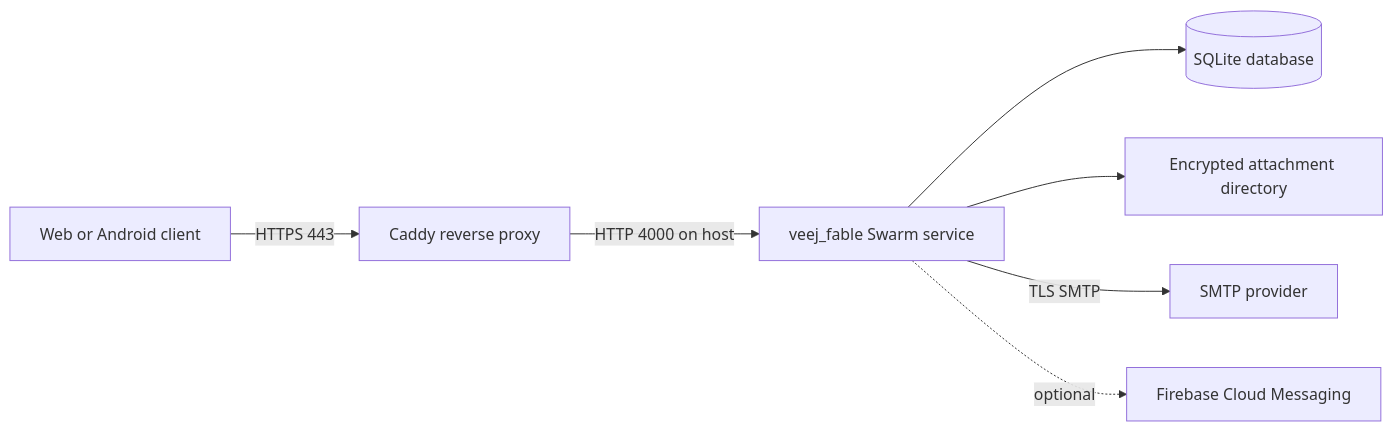
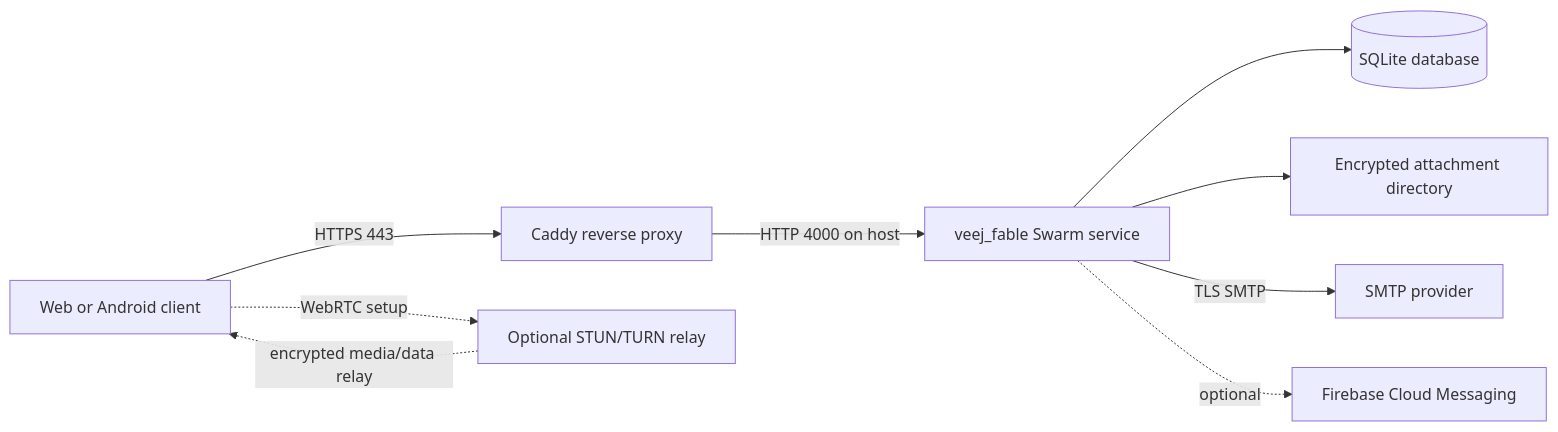
One commit to jtiemann/veej_fable changed the diagram in docs/INSTALLATION.md. Above: the diagram before and after it, drawn with Mermaid. The commit also changed other lines of this file and 10 other files, not shown here.

````diff
--- a/docs/INSTALLATION.md
+++ b/docs/INSTALLATION.md
@@ -15,9 +15,11 @@
 ```mermaid
 flowchart LR
   Client[Web or Android client] -->|HTTPS 443| Caddy[Caddy reverse proxy]
   Caddy -->|HTTP 4000 on host| App[veej_fable Swarm service]
   App --> DB[(SQLite database)]
   App --> Blobs[Encrypted attachment directory]
   App -->|TLS SMTP| SMTP[SMTP provider]
   App -. optional .-> FCM[Firebase Cloud Messaging]
+  Client -. WebRTC setup .-> TURN[Optional STUN/TURN relay]
+  TURN -. encrypted media/data relay .-> Client
 ```
````
